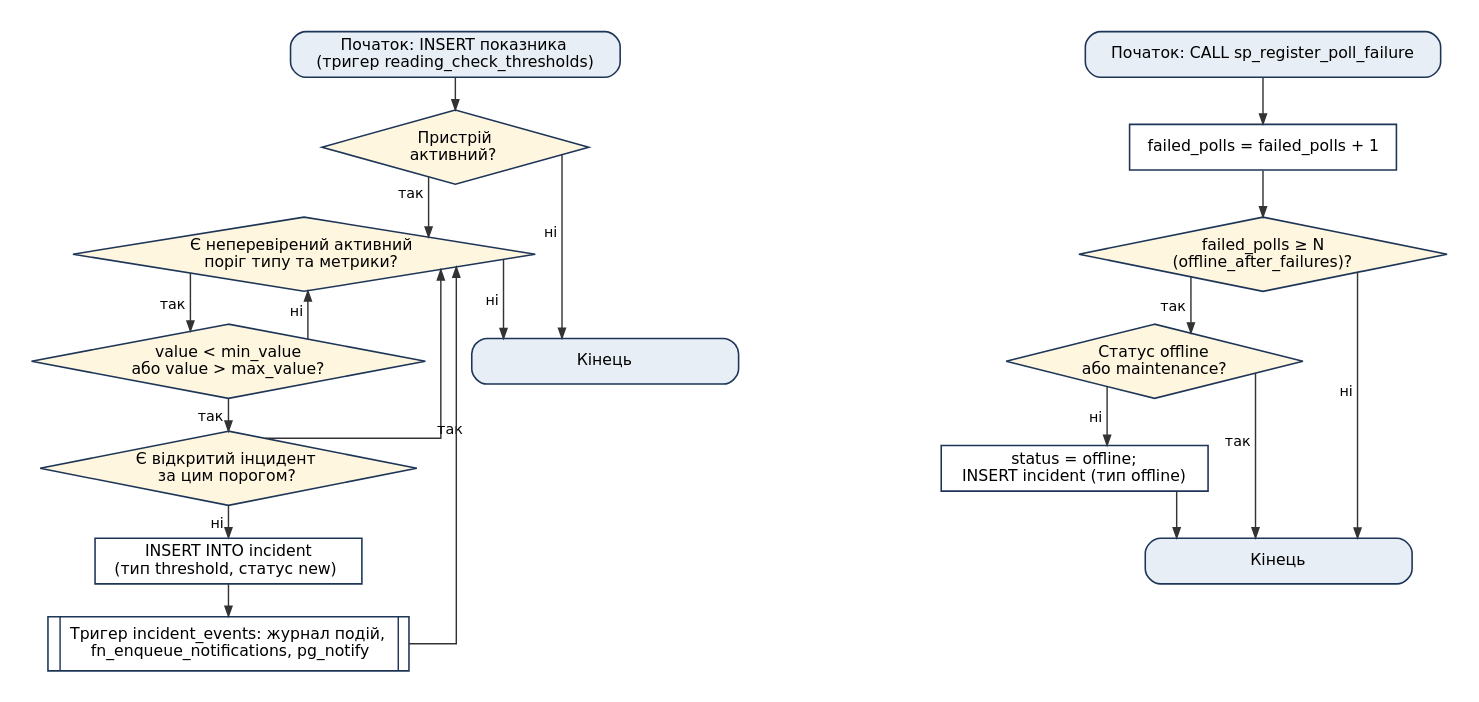
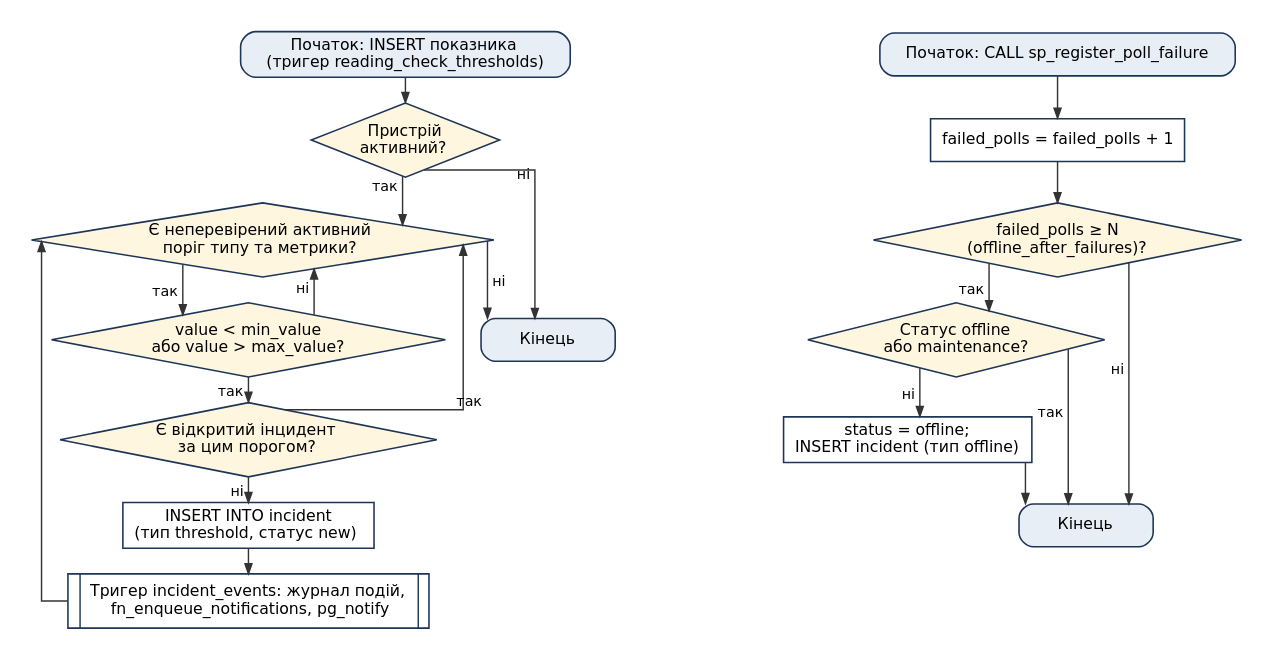
The diagram in docs/diagrams/src/flow_03_db_logic.dot (KrutoiPatsan13/laba1), drawn with Graphviz before and after one commit. The commit also changed 65 other files, not shown here.

```diff
--- a/docs/diagrams/src/flow_03_db_logic.dot
+++ b/docs/diagrams/src/flow_03_db_logic.dot
@@ -1,38 +1,38 @@
 digraph flow_03_db_logic {
-  graph [rankdir=TB, splines=ortho, nodesep=0.45, ranksep=0.32, fontname="DejaVu Sans", pad=0.2, forcelabels=true];
-  node [fontname="DejaVu Sans", fontsize=11, width=2.6, height=0.45, color="#1d3557", penwidth=1.1];
+  graph [rankdir=TB, splines=ortho, nodesep=0.35, ranksep=0.25, fontname="DejaVu Sans", pad=0.2, forcelabels=true];
+  node [fontname="DejaVu Sans", fontsize=11, width=1.3, height=0.42, color="#1d3557", penwidth=1.1];
   edge [fontname="DejaVu Sans", fontsize=10, color="#333333", arrowsize=0.7];
   n1 [shape=box, style="rounded,filled", fillcolor="#e8eef6", label=<Початок: INSERT показника<BR/>(тригер reading_check_thresholds)>, margin="0.25,0.06"];
   n2 [shape=diamond, style=filled, fillcolor="#fff6e0", label=<Пристрій<BR/>активний?>, margin="0.02,0.02"];
   n3 [shape=diamond, style=filled, fillcolor="#fff6e0", label=<Є неперевірений активний<BR/>поріг типу та метрики?>, margin="0.02,0.02"];
   n4 [shape=diamond, style=filled, fillcolor="#fff6e0", label=<value &lt; min_value<BR/>або value &gt; max_value?>, margin="0.02,0.02"];
   n5 [shape=diamond, style=filled, fillcolor="#fff6e0", label=<Є відкритий інцидент<BR/>за цим порогом?>, margin="0.02,0.02"];
   n6 [shape=box, label=<INSERT INTO incident<BR/>(тип threshold, статус new)>];
   n7 [shape=box, margin=0, label=<<TABLE BORDER="0" CELLBORDER="0" CELLSPACING="0" CELLPADDING="0"><TR><TD WIDTH="8" BORDER="1" SIDES="R"></TD><TD CELLPADDING="7">Тригер incident_events: журнал подій,<BR/>fn_enqueue_notifications, pg_notify</TD><TD WIDTH="8" BORDER="1" SIDES="L"></TD></TR></TABLE>>];
   n8 [shape=box, style="rounded,filled", fillcolor="#e8eef6", label=<Кінець>, margin="0.25,0.06"];
   n1 -> n2;
   n6 -> n7;
   n2 -> n3 [xlabel=" так "];
   n2 -> n8 [xlabel=" ні "];
   n3 -> n4 [xlabel=" так "];
   n3 -> n8 [xlabel=" ні "];
   n4 -> n5 [xlabel=" так "];
   n4 -> n3 [xlabel=" ні ", constraint=false];
   n5 -> n6 [xlabel=" ні "];
   n5 -> n3 [xlabel=" так ", constraint=false];
   n7 -> n3 [constraint=false];
   n9 [shape=box, style="rounded,filled", fillcolor="#e8eef6", label=<Початок: CALL sp_register_poll_failure>, margin="0.25,0.06"];
   n10 [shape=box, label=<failed_polls = failed_polls + 1>];
   n11 [shape=diamond, style=filled, fillcolor="#fff6e0", label=<failed_polls ≥ N<BR/>(offline_after_failures)?>, margin="0.02,0.02"];
   n12 [shape=diamond, style=filled, fillcolor="#fff6e0", label=<Статус offline<BR/>або maintenance?>, margin="0.02,0.02"];
   n13 [shape=box, label=<status = offline;<BR/>INSERT incident (тип offline)>];
   n14 [shape=box, style="rounded,filled", fillcolor="#e8eef6", label=<Кінець>, margin="0.25,0.06"];
   n9 -> n10;
   n10 -> n11;
   n11 -> n12 [xlabel=" так "];
   n11 -> n14 [xlabel=" ні "];
   n12 -> n13 [xlabel=" ні "];
   n12 -> n14 [xlabel=" так "];
   n13 -> n14;
   { rank=same; n1; n9; }
 }
```
